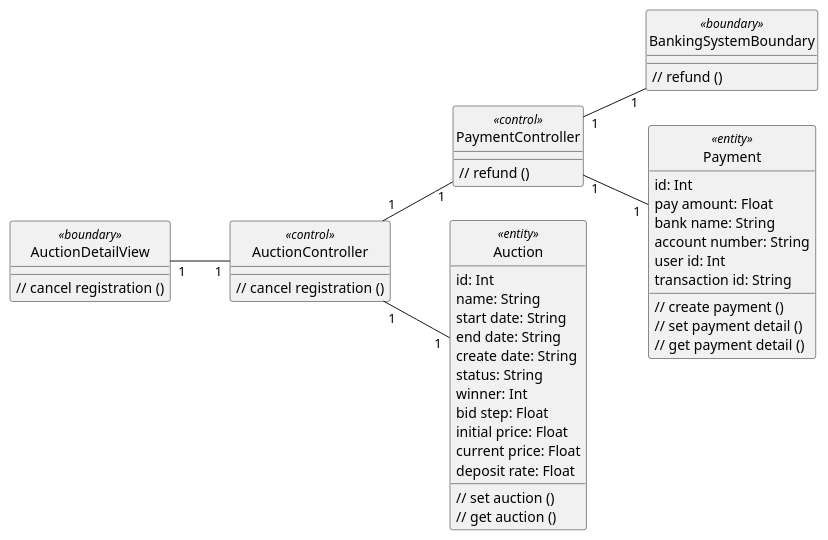
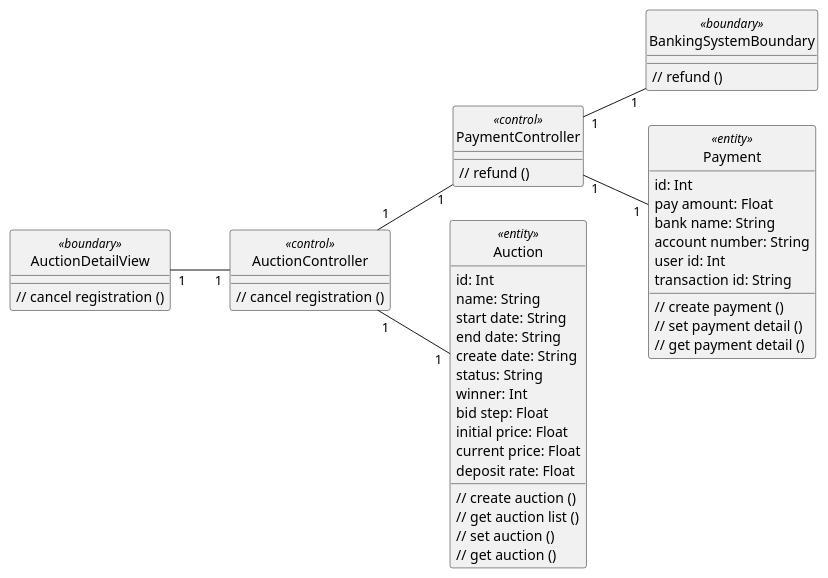
One commit to anhbanlinhle/velocity-exchange changed the diagram in uml/analysis/class/cancel-registration.pu. Above: the diagram before and after it, drawn with PlantUML. The commit also changed 5 other files, not shown here.

```diff
--- a/uml/analysis/class/cancel-registration.pu
+++ b/uml/analysis/class/cancel-registration.pu
@@ -1,55 +1,57 @@
 @startuml cancel_registration
 hide circle
 skinparam classAttributeIconSize 0
 left to right direction
 
 class AuctionDetailView <<boundary>> {
   // cancel registration ()
 }
 
 class AuctionController <<control>>{
   // cancel registration ()
 }
 
 class PaymentController <<control>>{
   // refund ()
 }
 
 class BankingSystemBoundary <<boundary>> {
   // refund ()
 }
 
 class Auction <<entity>> {
   id: Int
   name: String
   start date: String
   end date: String
   create date: String
   status: String
   winner: Int
   bid step: Float
   initial price: Float
   current price: Float
   deposit rate: Float
+  // create auction ()
+  // get auction list ()
   // set auction ()
   // get auction ()
   }
 
 class Payment <<entity>> {
   id: Int
   pay amount: Float
   bank name: String
   account number: String
   user id: Int
   transaction id: String
   // create payment ()
   // set payment detail ()
   // get payment detail ()
 }
 
 AuctionDetailView  "1" -- "1" AuctionController
 AuctionController "1" -- "1" PaymentController
 PaymentController "1" -- "1" BankingSystemBoundary
 AuctionController "1" -- "1" Auction
 PaymentController "1" -- "1" Payment
 @enduml
```
